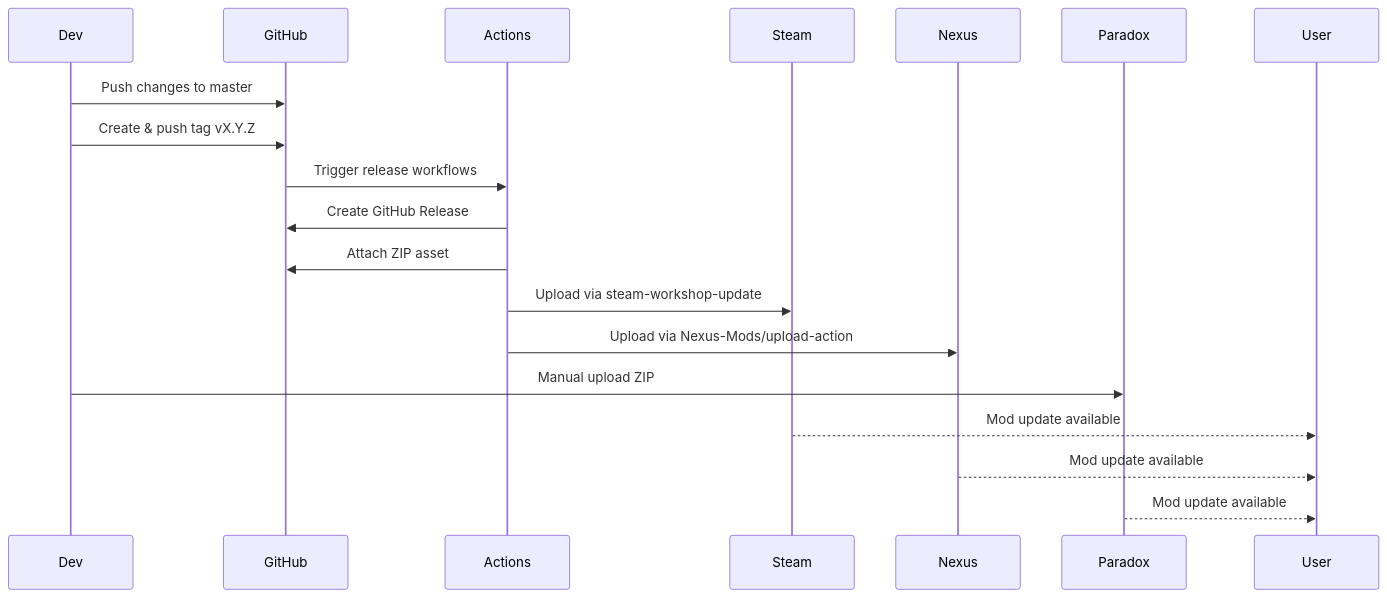
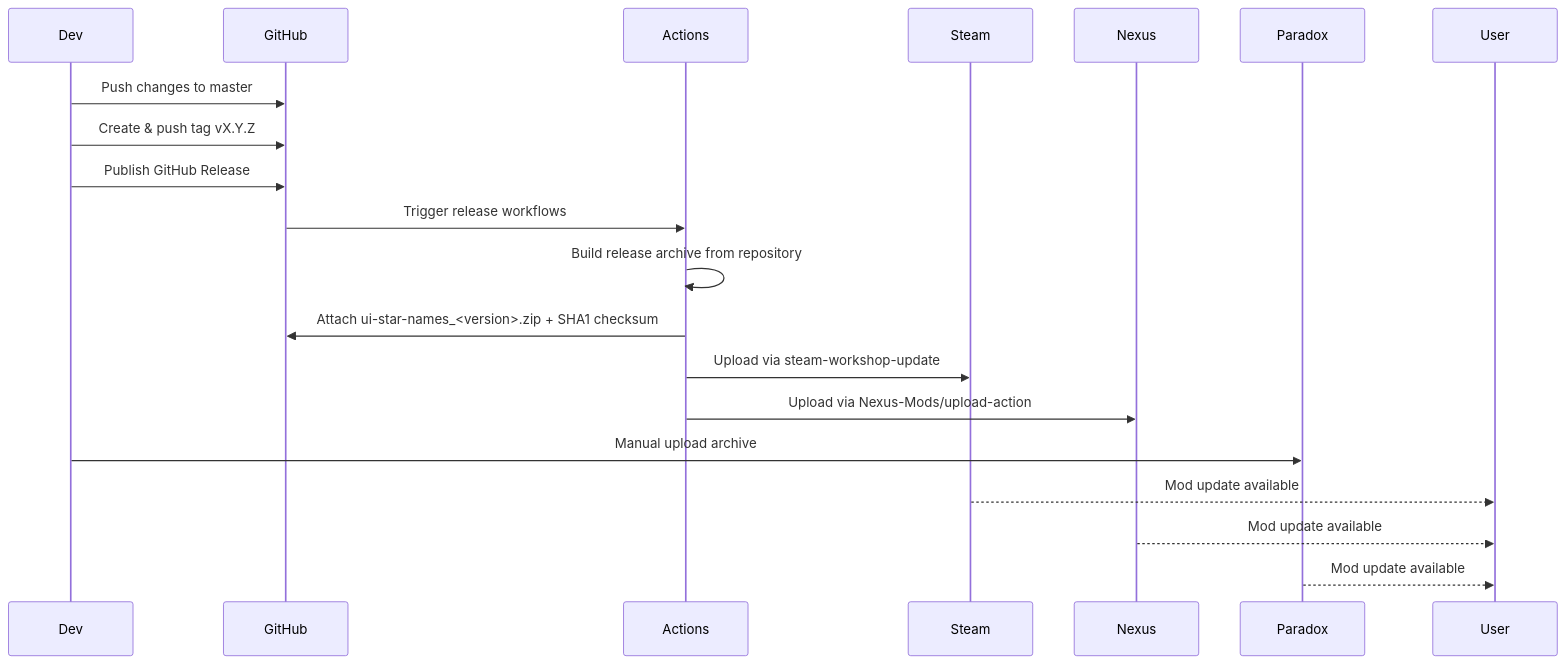
Before and after one commit to hmlendea/stellaris-ui-star-names: the diagram in docs/flows/release-and-distribution.md, drawn with Mermaid. The commit also changed other lines of this file and 14 other files, not shown here.

Commit message:
ci: Created the GitHub Release workflow

````diff
--- a/docs/flows/release-and-distribution.md
+++ b/docs/flows/release-and-distribution.md
@@ -9,21 +9,22 @@
 ```mermaid
 sequenceDiagram
     participant Dev
     participant GitHub
     participant Actions
     participant Steam
     participant Nexus
     participant Paradox
 
     Dev->>GitHub: Push changes to master
     Dev->>GitHub: Create & push tag vX.Y.Z
+    Dev->>GitHub: Publish GitHub Release
     GitHub->>Actions: Trigger release workflows
-    Actions->>GitHub: Create GitHub Release
-    Actions->>GitHub: Attach ZIP asset
+    Actions->>Actions: Build release archive from repository
+    Actions->>GitHub: Attach ui-star-names_<version>.zip + SHA1 checksum
     Actions->>Steam: Upload via steam-workshop-update
     Actions->>Nexus: Upload via Nexus-Mods/upload-action
-    Dev->>Paradox: Manual upload ZIP
+    Dev->>Paradox: Manual upload archive
     Steam-->>User: Mod update available
     Nexus-->>User: Mod update available
     Paradox-->>User: Mod update available
 ```
````
